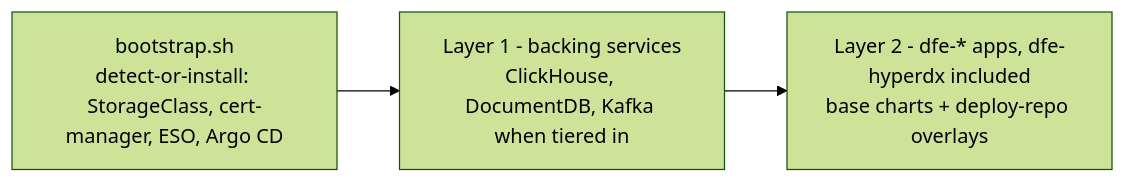
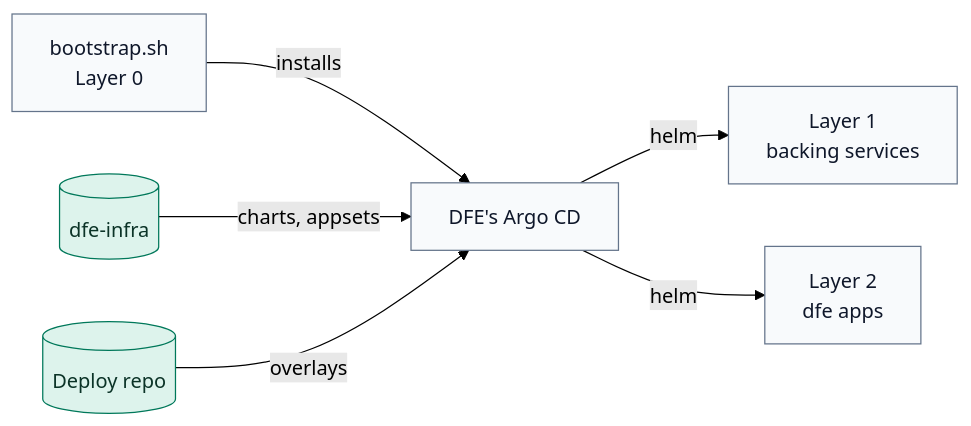
Before and after one commit to hyperi-io/dfe-infra: the diagram in docs/deployment/README.md, drawn with Mermaid (forest theme). The commit also changed other lines of this file and 63 other files, not shown here.

````diff
--- a/docs/deployment/README.md
+++ b/docs/deployment/README.md
@@ -9,5 +11,24 @@
 ```mermaid
 flowchart LR
-    B[bootstrap.sh<br/>detect-or-install: StorageClass, cert-manager, ESO, Argo CD] --> L1[Layer 1 - backing services<br/>ClickHouse, DocumentDB, Kafka when tiered in]
-    L1 --> L2[Layer 2 - dfe-* apps, dfe-hyperdx included<br/>base charts + deploy-repo overlays]
+    accTitle: L4 Detail -- Deployment layers
+    accDescr: bootstrap.sh installs DFE's Argo CD as Layer 0. Argo CD reads the charts and ApplicationSets from dfe-infra and the overlays from the deploy repo, and applies Layer 1, the backing services, and Layer 2, the dfe apps.
+
+    boot["bootstrap.sh<br/>Layer 0"]
+    infrarepo[("dfe-infra")]
+    deployrepo[("Deploy repo")]
+
+    argocd["DFE's Argo CD"]
+
+    layer1["Layer 1<br/>backing services"]
+    layer2["Layer 2<br/>dfe apps"]
+
+    boot -->|installs| argocd
+    infrarepo -->|charts, appsets| argocd
+    deployrepo -->|overlays| argocd
+    argocd -->|helm| layer1
+    argocd -->|helm| layer2
+
+    classDef default fill:#F8FAFC,stroke:#64748B,stroke-width:1px,color:#0F172A
+    classDef store fill:#DDF3EC,stroke:#00785A,stroke-width:1px,color:#0B3327
+    class infrarepo,deployrepo store
 ```
````
